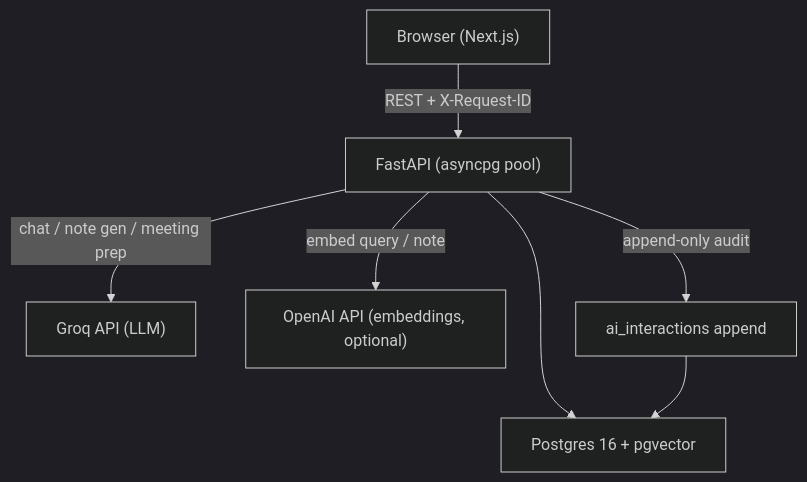
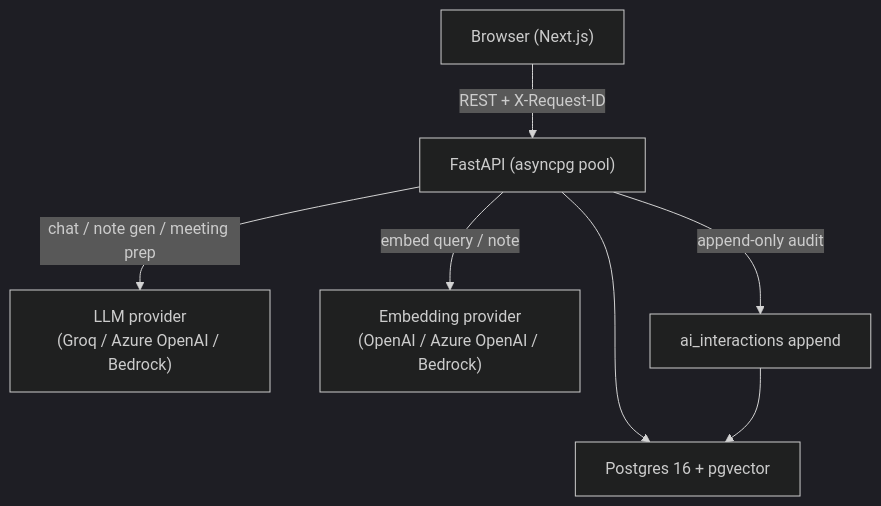
Before and after one commit to sandeep-jay/scribe-iq: the first of 2 diagrams in docs/overview/SYSTEM_OVERVIEW.md, drawn with Mermaid (dark theme). The commit also changed other lines of this file and 6 other files, not shown here.

````diff
--- a/docs/overview/SYSTEM_OVERVIEW.md
+++ b/docs/overview/SYSTEM_OVERVIEW.md
@@ -11,16 +11,16 @@
 ```mermaid
 flowchart TD
     Browser["Browser (Next.js)"]
     API["FastAPI (asyncpg pool)"]
     DB["Postgres 16 + pgvector"]
-    Groq["Groq API (LLM)"]
-    OAI["OpenAI API (embeddings, optional)"]
+    LLM["LLM provider<br/>(Groq / Azure OpenAI / Bedrock)"]
+    EMB["Embedding provider<br/>(OpenAI / Azure OpenAI / Bedrock)"]
     AuditTbl["ai_interactions append"]
 
     Browser -->|"REST + X-Request-ID"| API
     API --> DB
-    API -->|"chat / note gen / meeting prep"| Groq
-    API -->|"embed query / note"| OAI
+    API -->|"chat / note gen / meeting prep"| LLM
+    API -->|"embed query / note"| EMB
     API -->|"append-only audit"| AuditTbl
     AuditTbl --> DB
 ```
````
